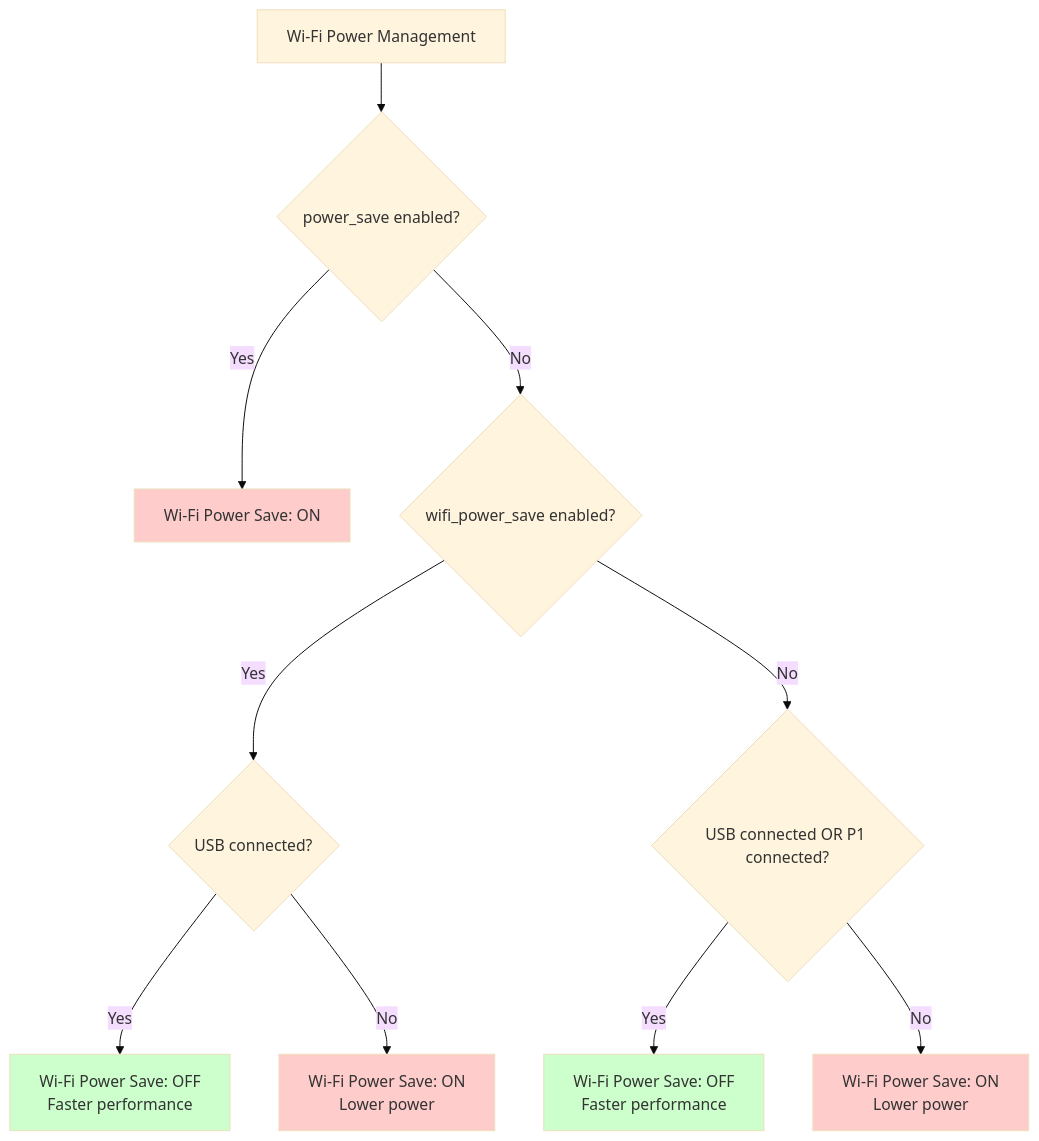
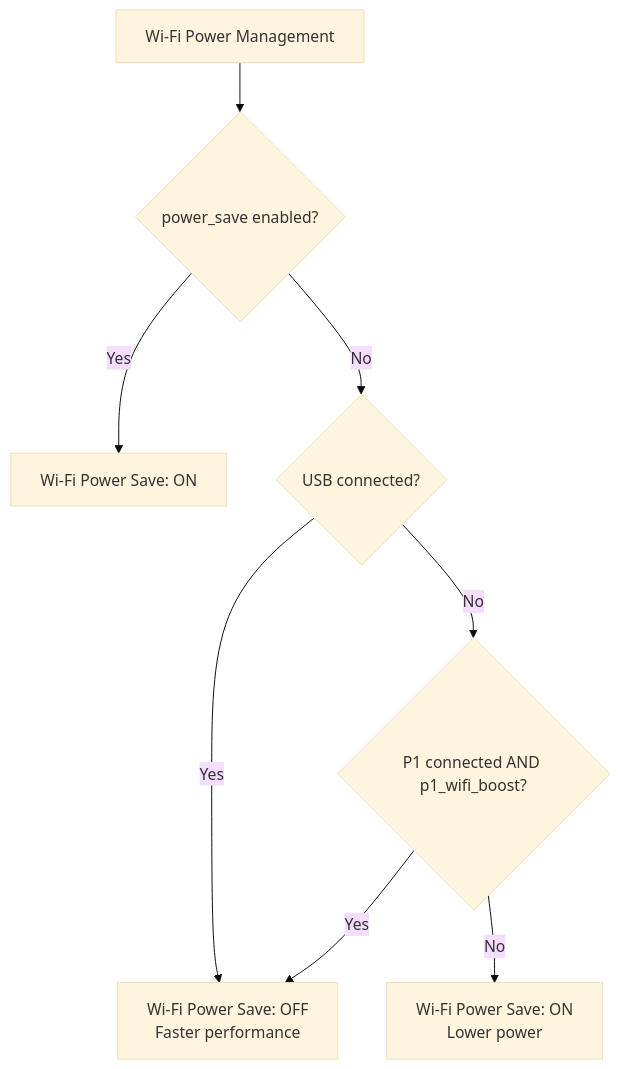
The first of 2 diagrams in docs/50-settings/settings.md (whatwatt-ch/whatwatt-go-documentation), drawn with Mermaid (base theme) before and after one commit. The commit also changed other lines of this file and 2 other files, not shown here.

First line of the commit message:
Update power management API: replace wifi_power_save with p1_wifi_boost

````diff
--- a/docs/50-settings/settings.md
+++ b/docs/50-settings/settings.md
@@ -98,18 +98,17 @@
 ```mermaid
 flowchart TD
-    A[Wi-Fi Power Management] --> B{power_save enabled?}
-    B -->|Yes| C[Wi-Fi Power Save: ON]
-    B -->|No| D{wifi_power_save enabled?}
-    D -->|Yes| E{USB connected?}
-    D -->|No| F{USB connected OR P1 connected?}
-    E -->|Yes| G[Wi-Fi Power Save: OFF<br/>Faster performance]
-    E -->|No| H[Wi-Fi Power Save: ON<br/>Lower power]
-    F -->|Yes| I[Wi-Fi Power Save: OFF<br/>Faster performance]
-    F -->|No| J[Wi-Fi Power Save: ON<br/>Lower power]
+  %% Colors controlled via CSS (see assets/extra.css)
 
-    style C fill:#ffcccc
-    style H fill:#ffcccc
-    style J fill:#ffcccc
-    style G fill:#ccffcc
-    style I fill:#ccffcc
+  A[Wi‑Fi Power Management] --> B{power_save enabled?}
+  B -->|Yes| C[Wi‑Fi Power Save: ON]
+  B -->|No| D{USB connected?}
+  D -->|Yes| G[Wi‑Fi Power Save: OFF<br/>Faster performance]
+  D -->|No| E{P1 connected AND p1_wifi_boost?}
+  E -->|Yes| G[Wi‑Fi Power Save: OFF<br/>Faster performance]
+  E -->|No| H[Wi‑Fi Power Save: ON<br/>Lower power]
+
+  class A title;
+  class B,E,D decision;
+  class C,H bad;
+  class G good;
 ```
````
